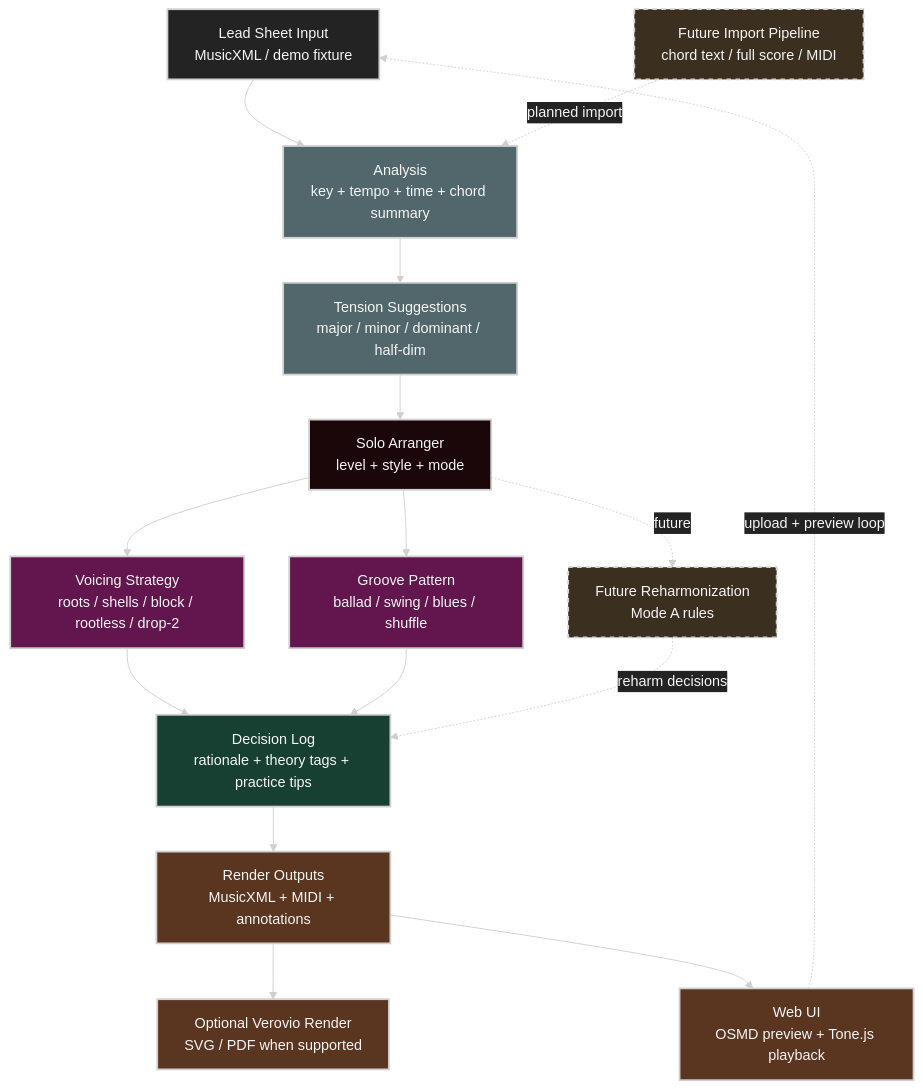
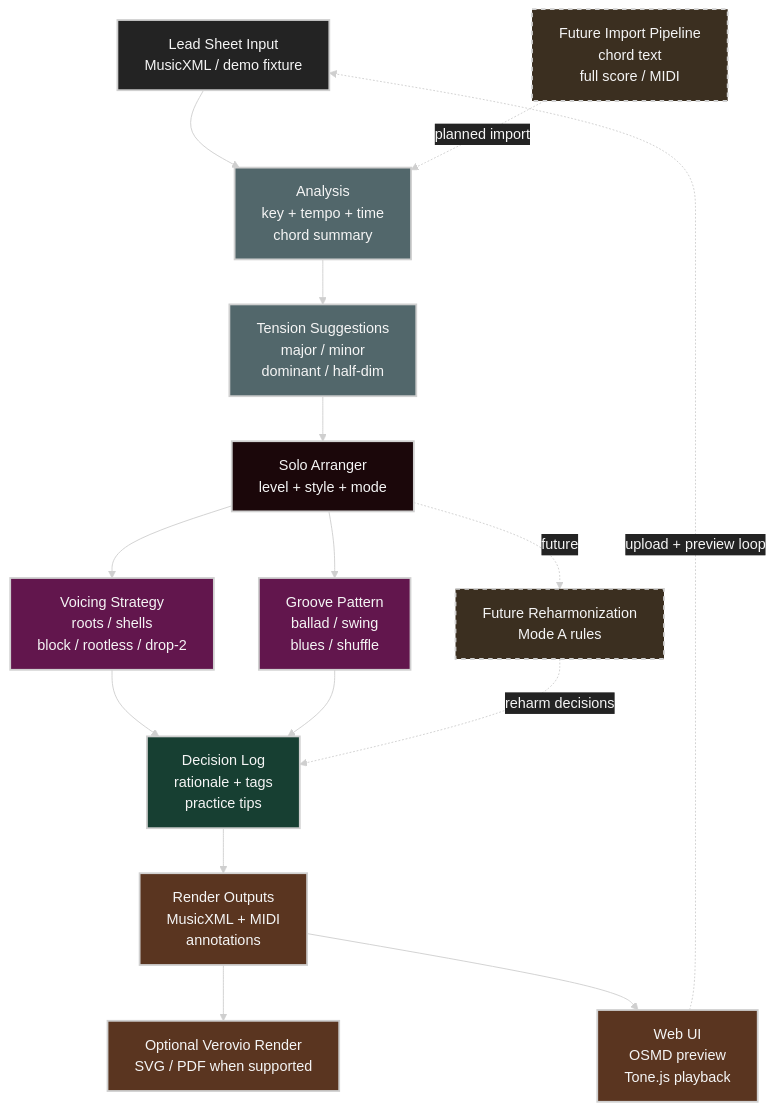
Before and after one commit to ziwon/bluesify: the diagram in README.md, drawn with Mermaid.

Commit message:
docs(readme): wrap architecture diagram labels

````diff
--- a/README.md
+++ b/README.md
@@ -130,46 +130,46 @@
 ```mermaid
 %%{init: {"theme": "base", "themeVariables": {"background": "#171717", "primaryColor": "#232323", "primaryTextColor": "#f5f5f5", "primaryBorderColor": "#d0d0d0", "lineColor": "#cfcfcf", "fontFamily": "Inter, Arial, sans-serif"}}}%%
 flowchart TD
   A["Lead Sheet Input<br/>MusicXML / demo fixture"]
-  B["Future Import Pipeline<br/>chord text / full score / MIDI"]
-  C["Analysis<br/>key + tempo + time + chord summary"]
-  D["Tension Suggestions<br/>major / minor / dominant / half-dim"]
+  B["Future Import Pipeline<br/>chord text<br/>full score / MIDI"]
+  C["Analysis<br/>key + tempo + time<br/>chord summary"]
+  D["Tension Suggestions<br/>major / minor<br/>dominant / half-dim"]
   E["Solo Arranger<br/>level + style + mode"]
-  F["Voicing Strategy<br/>roots / shells / block / rootless / drop-2"]
-  G["Groove Pattern<br/>ballad / swing / blues / shuffle"]
+  F["Voicing Strategy<br/>roots / shells<br/>block / rootless / drop-2"]
+  G["Groove Pattern<br/>ballad / swing<br/>blues / shuffle"]
   H["Future Reharmonization<br/>Mode A rules"]
-  I["Decision Log<br/>rationale + theory tags + practice tips"]
-  J["Render Outputs<br/>MusicXML + MIDI + annotations"]
+  I["Decision Log<br/>rationale + tags<br/>practice tips"]
+  J["Render Outputs<br/>MusicXML + MIDI<br/>annotations"]
   K["Optional Verovio Render<br/>SVG / PDF when supported"]
-  L["Web UI<br/>OSMD preview + Tone.js playback"]
+  L["Web UI<br/>OSMD preview<br/>Tone.js playback"]
 
   A --> C
   B -. "planned import" .-> C
   C --> D
   D --> E
   E --> F
   E --> G
   E -. "future" .-> H
   F --> I
   G --> I
   H -. "reharm decisions" .-> I
   I --> J
   J --> K
   J --> L
   L -. "upload + preview loop" .-> A
 
   classDef input fill:#232323,stroke:#d0d0d0,color:#f5f5f5,stroke-width:2px;
   classDef planned fill:#3b2f20,stroke:#d0d0d0,color:#f5f5f5,stroke-width:2px,stroke-dasharray:5 5;
   classDef analysis fill:#52676b,stroke:#d0d0d0,color:#f5f5f5,stroke-width:2px;
   classDef arranger fill:#1b070a,stroke:#d0d0d0,color:#f5f5f5,stroke-width:2px;
   classDef music fill:#62164d,stroke:#d0d0d0,color:#f5f5f5,stroke-width:2px;
   classDef evidence fill:#173f32,stroke:#d0d0d0,color:#f5f5f5,stroke-width:2px;
   classDef render fill:#5a3520,stroke:#d0d0d0,color:#f5f5f5,stroke-width:2px;
   class A input;
   class B,H planned;
   class C,D analysis;
   class E arranger;
   class F,G music;
   class I evidence;
   class J,K,L render;
 ```
````
